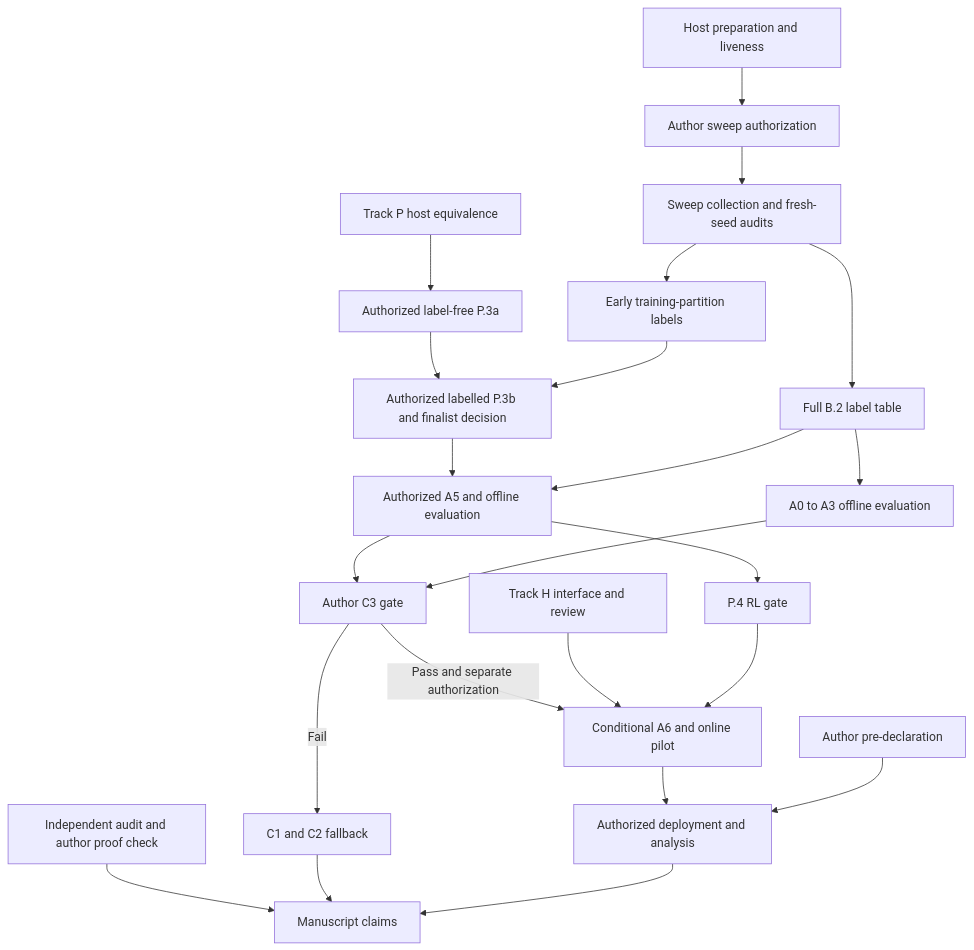
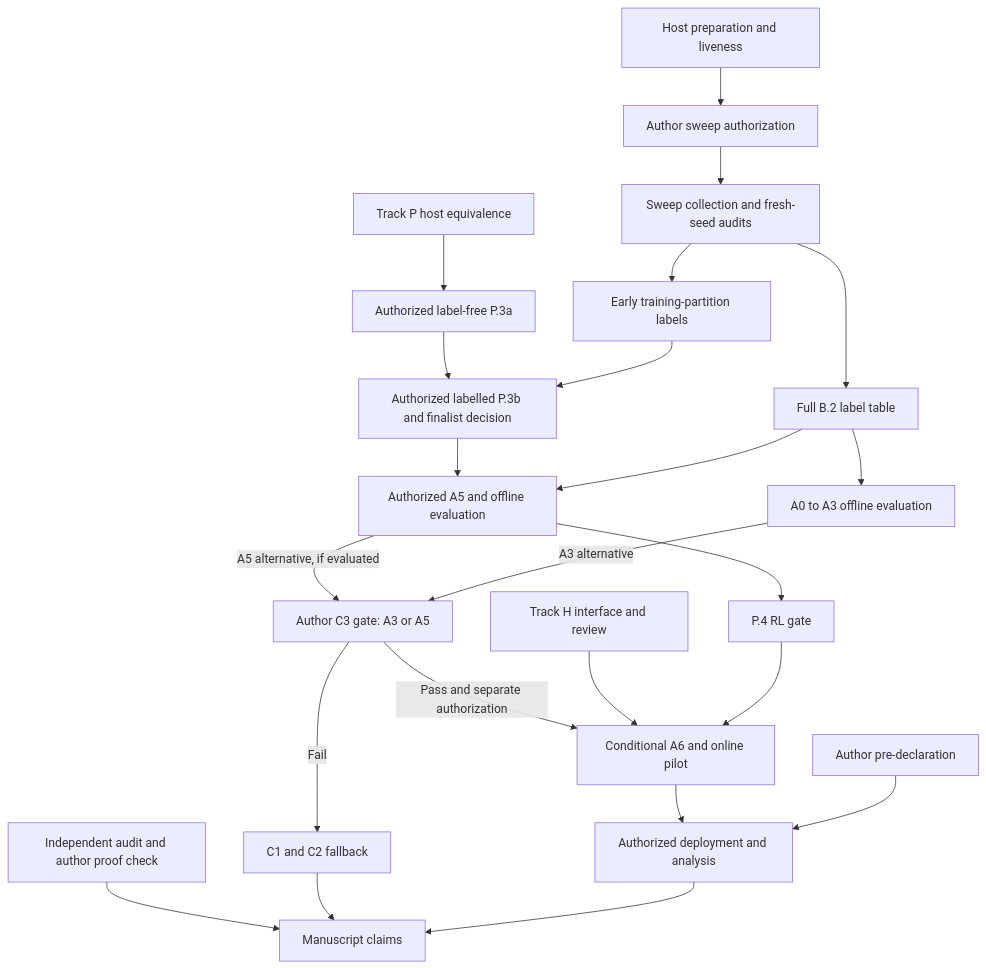
One commit to dowlingwong/Agent_paper_B changed the diagram in docs/r1/TECH_ROUTE.md. Above: the diagram before and after it, drawn with Mermaid. The commit also changed 4 other files, not shown here.

````diff
--- a/docs/r1/TECH_ROUTE.md
+++ b/docs/r1/TECH_ROUTE.md
@@ -56,27 +56,27 @@
 ```mermaid
 flowchart TD
     accTitle: Paper B Route Dependencies
     accDescr: Parallel preparation and author gates lead to offline evaluation, a C3 decision, and conditional online deployment; arrows do not themselves grant authorization.
     prep[Host preparation and liveness] --> sweep_auth[Author sweep authorization]
     sweep_auth --> sweep[Sweep collection and fresh-seed audits]
     sweep --> early_labels[Early training-partition labels]
     sweep --> full_labels[Full B.2 label table]
     host_equiv[Track P host equivalence] --> p3a[Authorized label-free P.3a]
     p3a --> p3b[Authorized labelled P.3b and finalist decision]
     early_labels --> p3b
     p3b --> a5[Authorized A5 and offline evaluation]
     full_labels --> a5
     full_labels --> offline[A0 to A3 offline evaluation]
-    a5 --> gate[Author C3 gate]
-    offline --> gate
+    a5 -->|A5 alternative, if evaluated| gate[Author C3 gate: A3 or A5]
+    offline -->|A3 alternative| gate
     gate -->|Pass and separate authorization| a6[Conditional A6 and online pilot]
     gate -->|Fail| fallback[C1 and C2 fallback]
     h_interface[Track H interface and review] --> a6
     a5 --> rl_gate[P.4 RL gate]
     rl_gate --> a6
     a6 --> deployment[Authorized deployment and analysis]
     declaration[Author pre-declaration] --> deployment
     proof[Independent audit and author proof check] --> manuscript[Manuscript claims]
     fallback --> manuscript
     deployment --> manuscript
 ```
````
